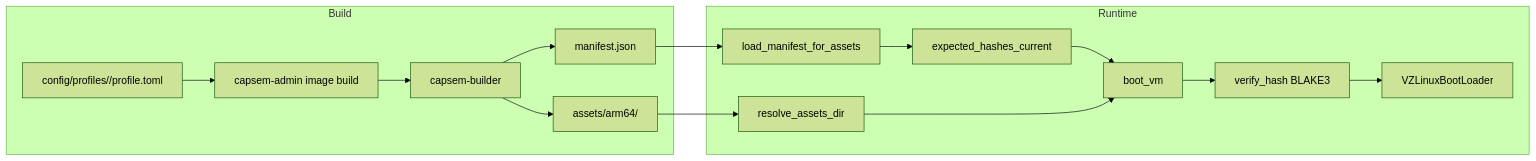
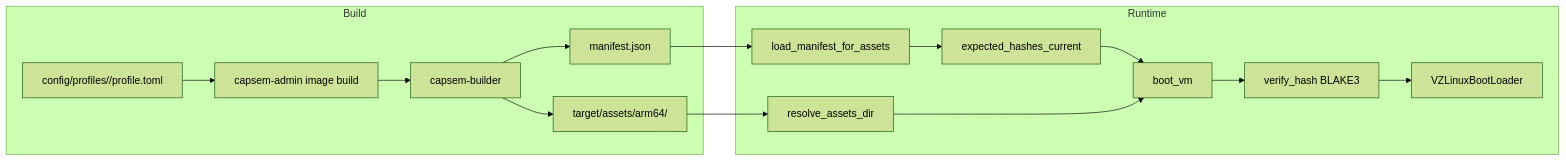
One commit to google/capsem changed the diagram in docs/src/content/docs/architecture/asset-pipeline.md. Above: the diagram before and after it, drawn with Mermaid (forest theme). The commit also changed other lines of this file and 54 other files, not shown here.

Commit message:
refactor(build): converge VM assets under target

````diff
--- a/docs/src/content/docs/architecture/asset-pipeline.md
+++ b/docs/src/content/docs/architecture/asset-pipeline.md
@@ -304,19 +304,19 @@
 ```mermaid
 flowchart LR
     subgraph Build
         PROFILE["config/profiles/<id>/profile.toml"] --> Admin["capsem-admin image build"]
         Admin --> Builder[capsem-builder]
-        Builder --> Assets[assets/arm64/]
+        Builder --> Assets[target/assets/arm64/]
         Builder --> Checksums[manifest.json]
     end
 
     subgraph Runtime
         Checksums --> LoadManifest[load_manifest_for_assets]
         LoadManifest --> ExpectedHashes[expected_hashes_current]
         ExpectedHashes --> Boot[boot_vm]
         Assets --> Resolve[resolve_assets_dir]
         Resolve --> Boot
         Boot --> Verify[verify_hash BLAKE3]
         Verify --> VZ[VZLinuxBootLoader]
     end
 ```
````
